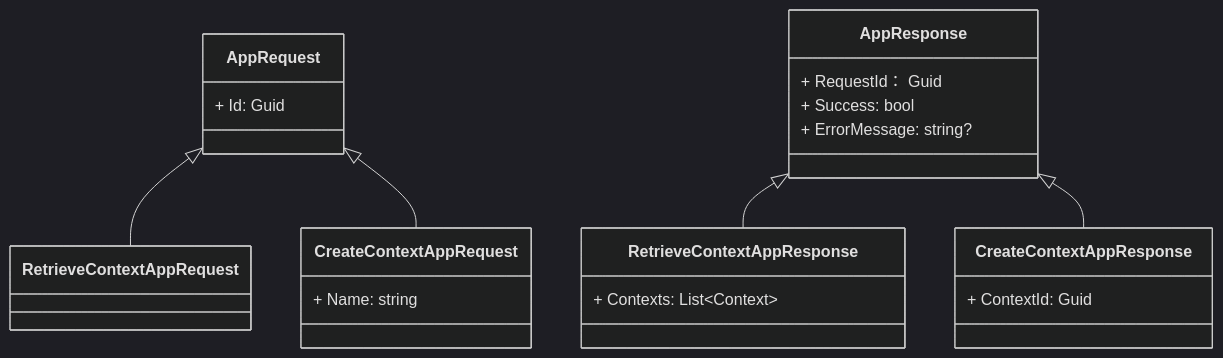
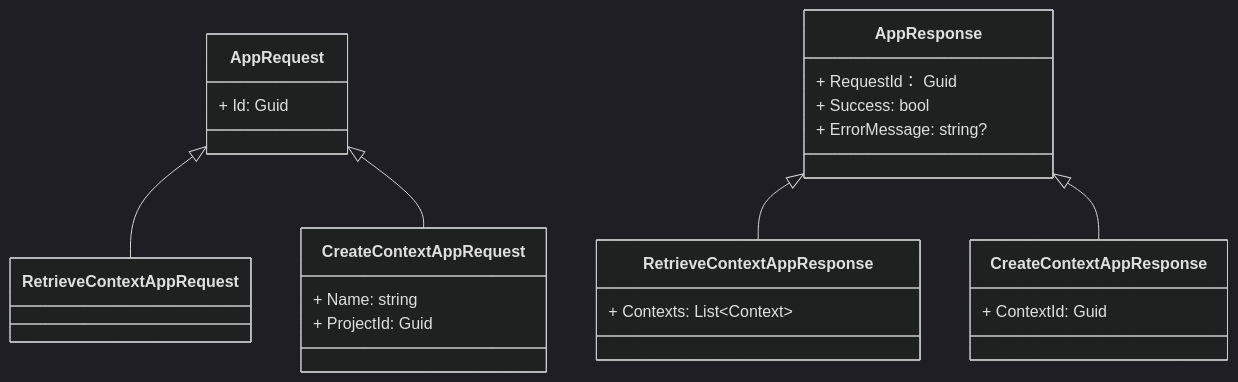
One commit to sdlfly2000/DomainBasedDesigner changed the third of 3 diagrams in AI/Actions/ContextAppService.md. Above: the diagram before and after it, drawn with Mermaid (dark theme). The commit also changed other lines of this file and 12 other files, not shown here.

````diff
--- a/AI/Actions/ContextAppService.md
+++ b/AI/Actions/ContextAppService.md
@@ -58,36 +60,37 @@
 ```mermaid
 classDiagram
     class AppRequest {
         + Id: Guid
     }
 
     class AppResponse {
         + RequestId： Guid
         + Success: bool
         + ErrorMessage: string?
     }
-    
+
     class CreateContextAppRequest {
         + Name: string
+        + ProjectId: Guid
     }
 
     class CreateContextAppResponse {
         + ContextId: Guid
     }
 
     class RetrieveContextAppRequest {
 
     }
 
     class RetrieveContextAppResponse {
         + Contexts: List~Context~
     }
 
     %% Relationship
     AppRequest <|-- RetrieveContextAppRequest
     AppResponse <|-- RetrieveContextAppResponse
 
     AppRequest <|-- CreateContextAppRequest
     AppResponse <|-- CreateContextAppResponse
 
 ```
````
